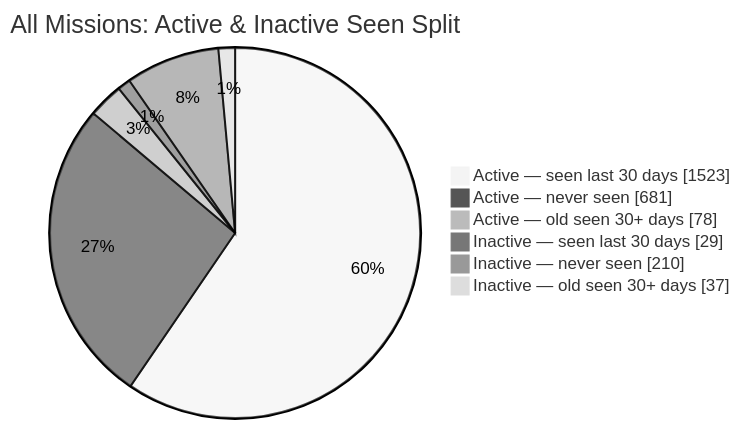
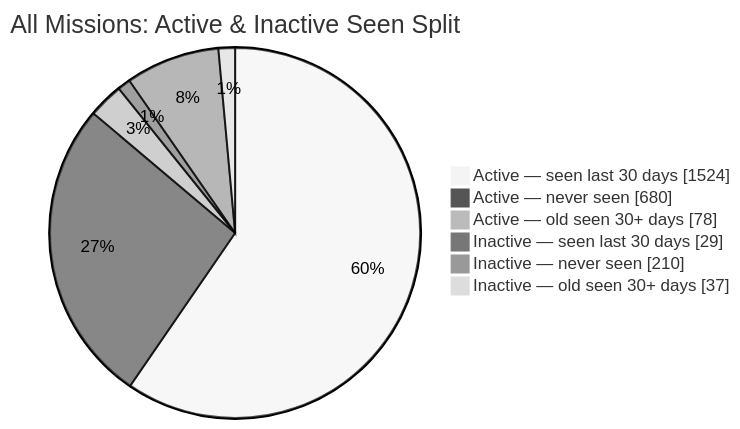
Before and after one commit to MeldkamerspelGameTeam/active-missions: the second of 2 diagrams in README.md, drawn with Mermaid (neutral theme). The commit also changed other lines of this file and 2 other files, not shown here.

````diff
--- a/README.md
+++ b/README.md
@@ -44,10 +44,10 @@
 ```mermaid
 pie showData
     title All Missions: Active & Inactive Seen Split
-    "Active — seen last 30 days" : 1523
-    "Active — never seen" : 681
+    "Active — seen last 30 days" : 1524
+    "Active — never seen" : 680
     "Active — old seen 30+ days" : 78
     "Inactive — seen last 30 days" : 29
     "Inactive — never seen" : 210
     "Inactive — old seen 30+ days" : 37
 ```
````
